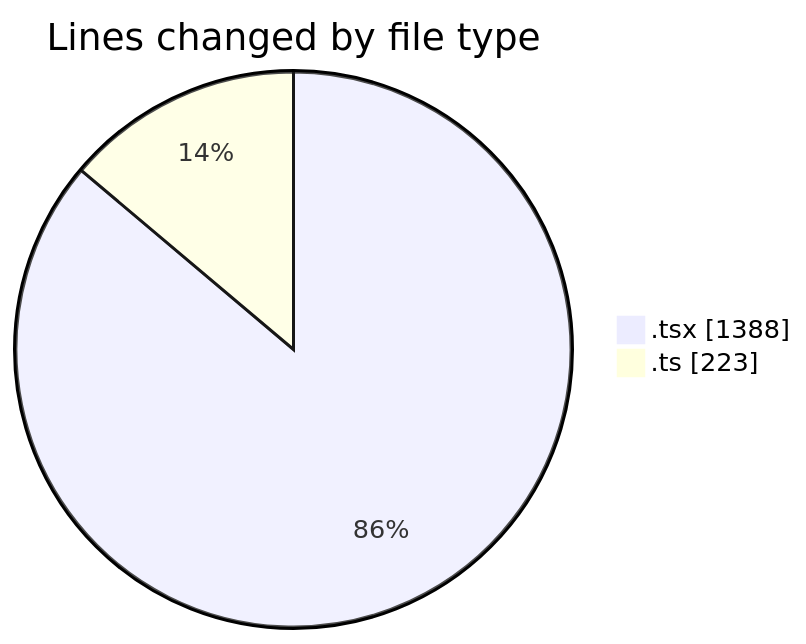
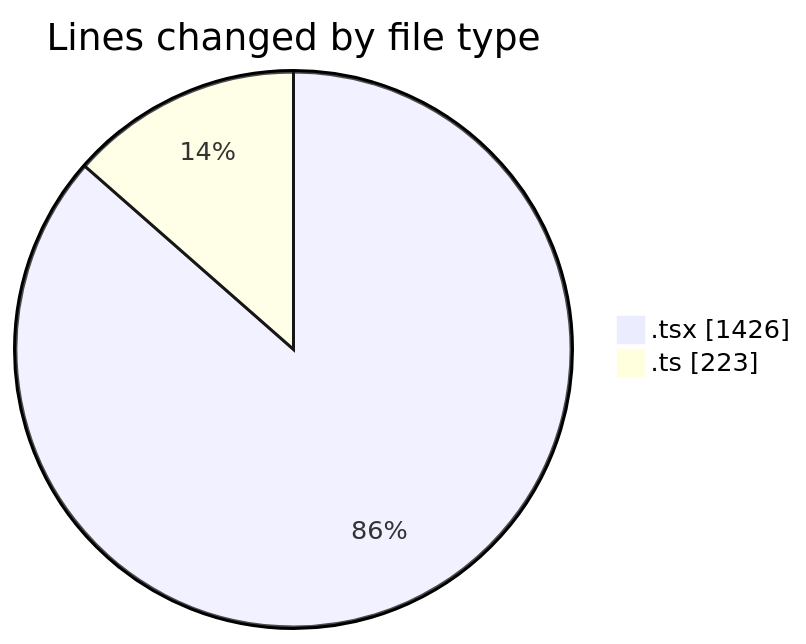
Before and after one commit to nxtqubesakshisongat/code-tracking: the first of 2 diagrams in 2026-02-04/nxtqube_webapp/README.md, drawn with Mermaid. The commit also changed other lines of this file and 1 other file, not shown here.

````diff
--- a/2026-02-04/nxtqube_webapp/README.md
+++ b/2026-02-04/nxtqube_webapp/README.md
@@ -22,6 +22,6 @@
 ```mermaid
 pie showData
 title Lines changed by file type
-".tsx" : 1388
+".tsx" : 1426
 ".ts" : 223
 ```
````
